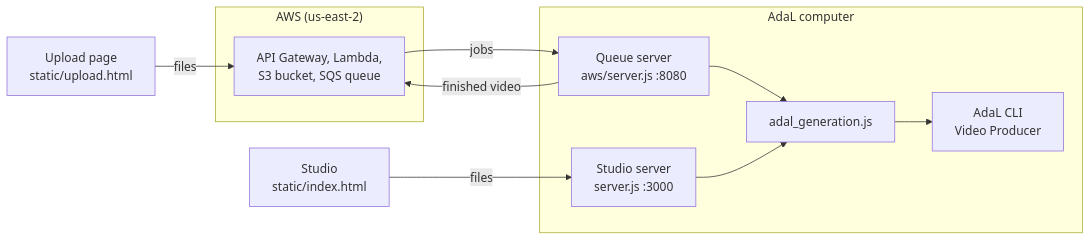
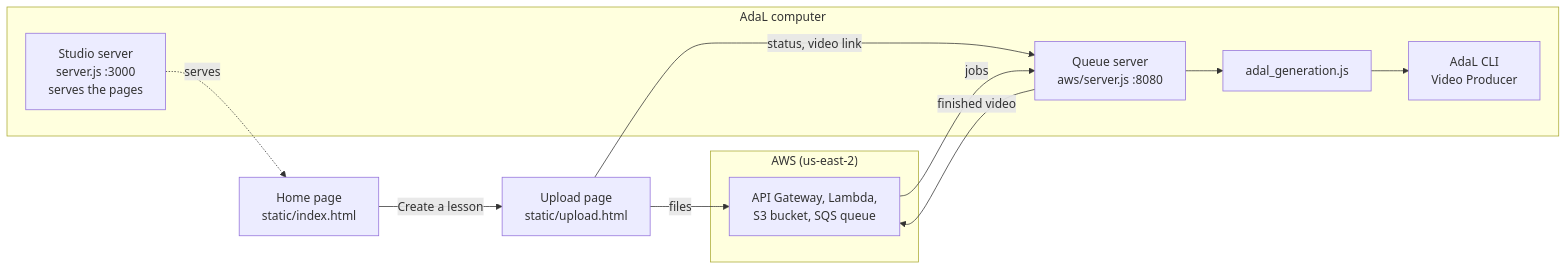
The first of 2 diagrams in README.md (namank70/LectureLens), drawn with Mermaid before and after one commit. The commit also changed other lines of this file and 8 other files, not shown here.

````diff
--- a/README.md
+++ b/README.md
@@ -9,24 +9,25 @@
 ```mermaid
 flowchart LR
+    Home["Home page<br/>static/index.html"]
     Upload["Upload page<br/>static/upload.html"]
-    Studio["Studio<br/>static/index.html"]
 
     subgraph AWS["AWS (us-east-2)"]
         Cloud["API Gateway, Lambda,<br/>S3 bucket, SQS queue"]
     end
 
     subgraph AdaLPC["AdaL computer"]
+        StudioSrv["Studio server<br/>server.js :3000<br/>serves the pages"]
         Queue["Queue server<br/>aws/server.js :8080"]
-        StudioSrv["Studio server<br/>server.js :3000"]
         Gen["adal_generation.js"]
         CLI["AdaL CLI<br/>Video Producer"]
     end
 
+    Home -- "Create a lesson" --> Upload
+    StudioSrv -. "serves" .-> Home
     Upload -- "files" --> Cloud
     Cloud -- "jobs" --> Queue
     Queue -- "finished video" --> Cloud
-    Studio -- "files" --> StudioSrv
+    Upload -- "status, video link" --> Queue
     Queue --> Gen
-    StudioSrv --> Gen
     Gen --> CLI
 ```
````
